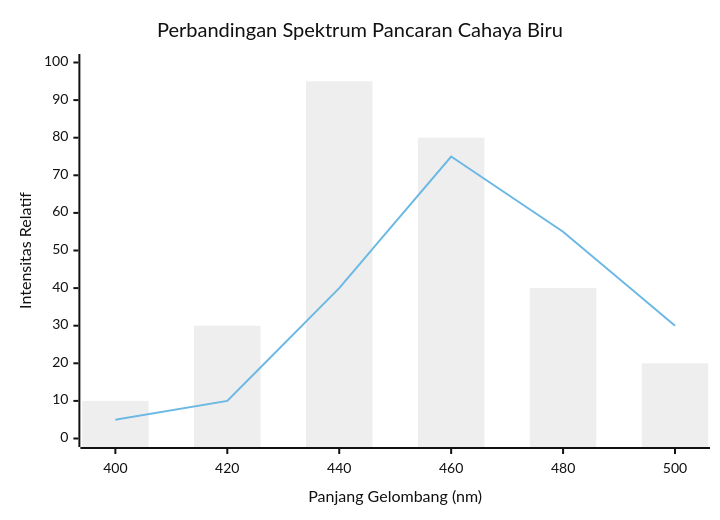
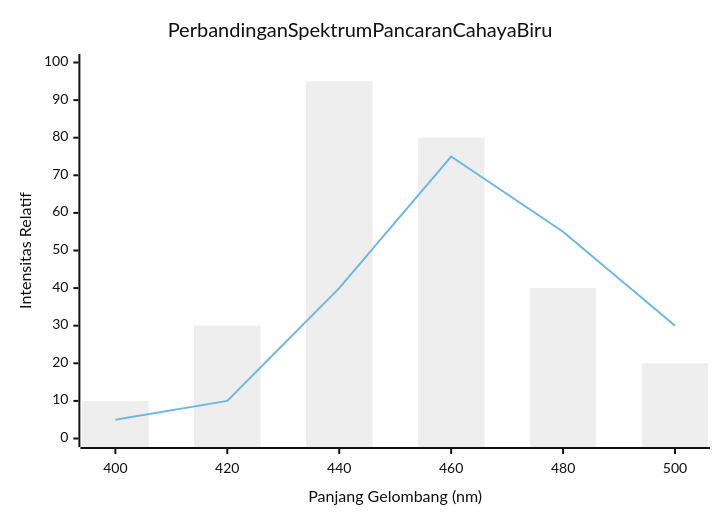
Before and after one commit to kenjinote/blog: the second of 4 diagrams in content/post/eye_strain_relief/index.id.md, drawn with Mermaid (neutral theme). The commit also changed other lines of this file and 703 other files, not shown here.

Commit message:
Fix: Remove quotes from Mermaid link texts and timeline definitions to support Mermaid 11.4.1

````diff
--- a/content/post/eye_strain_relief/index.id.md
+++ b/content/post/eye_strain_relief/index.id.md
@@ -122,8 +122,8 @@
 ```mermaid
 xychart-beta
-    title "Perbandingan Spektrum Pancaran Cahaya Biru"
+    title Perbandingan Spektrum Pancaran Cahaya Biru
     x-axis "Panjang Gelombang (nm)" [400, 420, 440, 460, 480, 500]
     y-axis "Intensitas Relatif" 0 --> 100
     bar "LCD Standar (W-LED)" [10, 30, 95, 80, 40, 20]
     line "OLED Modern / Rendah Cahaya Biru" [5, 10, 40, 75, 55, 30]
 ```
````
